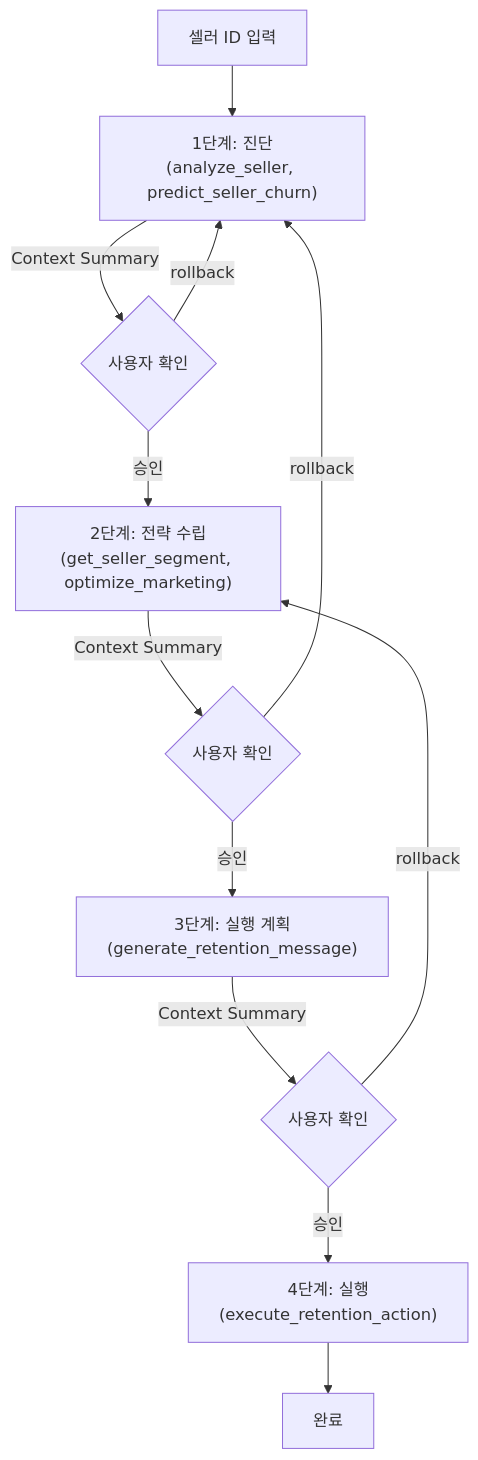
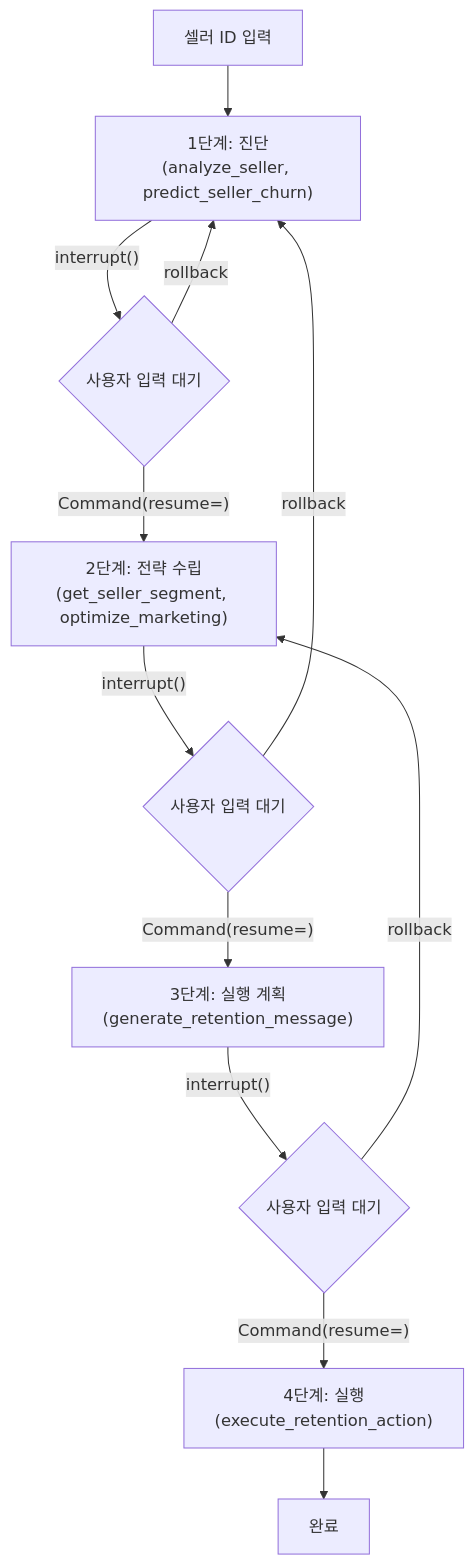
One commit to ASNGG/cafe24-demo changed the tenth of 26 diagrams in backend 리팩토링 시작/README.md. Above: the diagram before and after it, drawn with Mermaid. The commit also changed other lines of this file and 16 other files, not shown here.

````diff
--- a/backend 리팩토링 시작/README.md
+++ b/backend 리팩토링 시작/README.md
@@ -1228,14 +1249,14 @@
 ```mermaid
 flowchart TD
     INPUT["셀러 ID 입력"] --> DIAG["1단계: 진단<br/>(analyze_seller, predict_seller_churn)"]
-    DIAG -->|"Context Summary"| CONFIRM1{"사용자 확인"}
-    CONFIRM1 -->|"승인"| STRAT["2단계: 전략 수립<br/>(get_seller_segment, optimize_marketing)"]
+    DIAG -->|"interrupt()"| CONFIRM1{"사용자 입력 대기"}
+    CONFIRM1 -->|"Command(resume=)"| STRAT["2단계: 전략 수립<br/>(get_seller_segment, optimize_marketing)"]
     CONFIRM1 -->|"rollback"| DIAG
-    STRAT -->|"Context Summary"| CONFIRM2{"사용자 확인"}
-    CONFIRM2 -->|"승인"| PLAN["3단계: 실행 계획<br/>(generate_retention_message)"]
+    STRAT -->|"interrupt()"| CONFIRM2{"사용자 입력 대기"}
+    CONFIRM2 -->|"Command(resume=)"| PLAN["3단계: 실행 계획<br/>(generate_retention_message)"]
     CONFIRM2 -->|"rollback"| DIAG
-    PLAN -->|"Context Summary"| CONFIRM3{"사용자 확인"}
-    CONFIRM3 -->|"승인"| EXEC["4단계: 실행<br/>(execute_retention_action)"]
+    PLAN -->|"interrupt()"| CONFIRM3{"사용자 입력 대기"}
+    CONFIRM3 -->|"Command(resume=)"| EXEC["4단계: 실행<br/>(execute_retention_action)"]
     CONFIRM3 -->|"rollback"| STRAT
     EXEC --> DONE["완료"]
 ```
````
